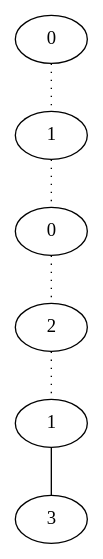
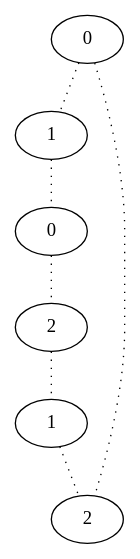
One commit to d1laj/Stage-M2 changed the diagram in TestPathsv1/result/6.dot. Above: the diagram before and after it, drawn with Graphviz. The commit also changed 12 other files, not shown here.

```diff
--- a/TestPathsv1/result/6.dot
+++ b/TestPathsv1/result/6.dot
@@ -1,13 +1,14 @@
 graph {
 a[label=0]
 b[label=1]
 c[label=0]
 d[label=2]
 e[label=1]
-f[label=3]
+f[label=2]
 a -- b [style=dotted];
 b -- c [style=dotted];
 c -- d [style=dotted];
 d -- e [style=dotted];
-e -- f;
+e -- f [style=dotted];
+a -- f [style=dotted];
 }
```
